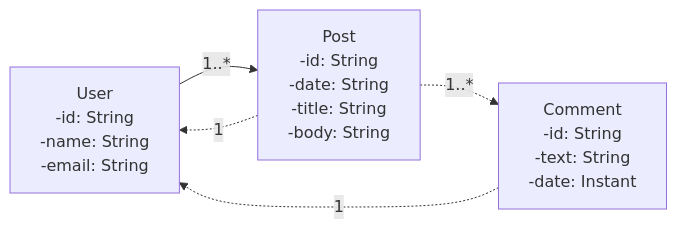
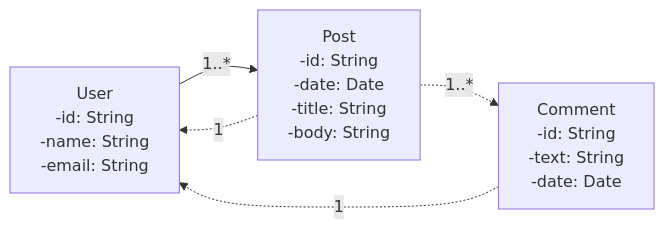
Before and after one commit to do5-5anto5/spring-boot-mongodb: the diagram in README.md, drawn with Mermaid. The commit also changed other lines of this file and 8 other files, not shown here.

````diff
--- a/README.md
+++ b/README.md
@@ -4,11 +4,11 @@
 ```mermaid
 graph LR
   User["User<br/>-id: String<br/>-name: String<br/>-email: String"]
-  Post["Post<br/>-id: String<br/>-date: String<br/>-title: String<br/>-body: String"]
-  Comment["Comment<br/>-id: String<br/>-text: String<br/>-date: Instant"]
+  Post["Post<br/>-id: String<br/>-date: Date<br/>-title: String<br/>-body: String"]
+  Comment["Comment<br/>-id: String<br/>-text: String<br/>-date: Date"]
 
   User --> |1..*| Post
   Post -.->|1..*| Comment
   Post -.->|1| User
   Comment -.->|1| User
 ```
````
